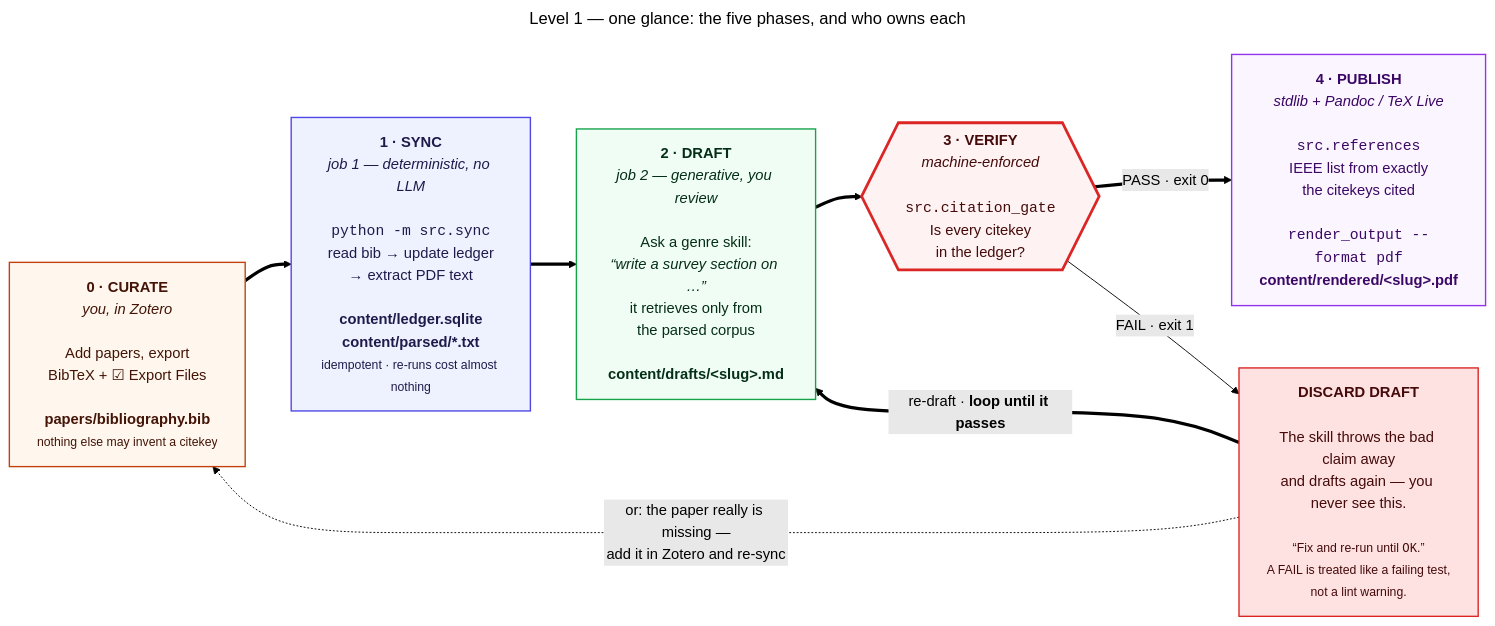
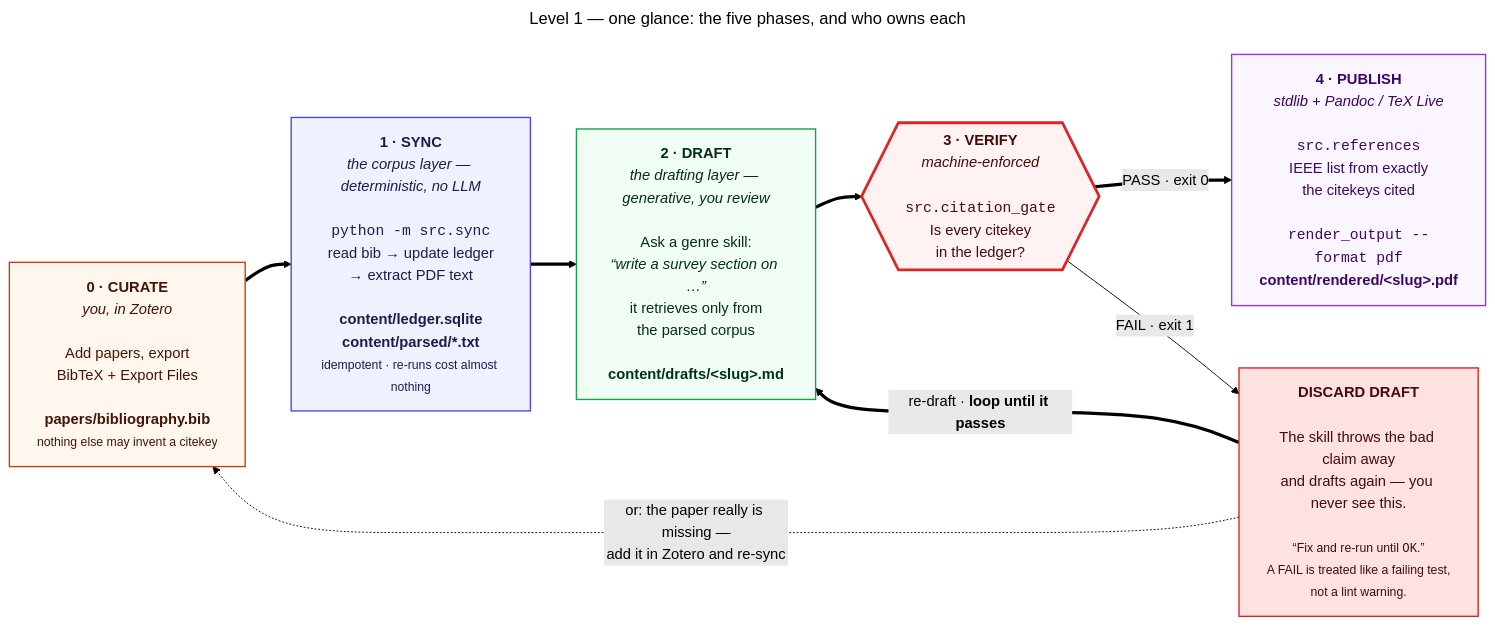
One commit to prasadtalasila/automated-research changed the diagram in docs/diagrams/v1-overview.mmd. Above: the diagram before and after it, drawn with Mermaid (forest theme). The commit also changed 20 other files, not shown here.

First line of the commit message:
Regenerate the diagram exports, and put the overview figure in the README

```diff
--- a/docs/diagrams/v1-overview.mmd
+++ b/docs/diagrams/v1-overview.mmd
@@ -1,36 +1,36 @@
 ---
 title: "Level 1 — one glance: the five phases, and who owns each"
 ---
 flowchart LR
 
-  P0["<b>0 · CURATE</b><br/><i>you, in Zotero</i><br/><br/>Add papers, export<br/>BibTeX + ☑ Export Files<br/><br/><b>papers/bibliography.bib</b><br/><small>nothing else may invent a citekey</small>"]
+  P0["<b>0 · CURATE</b><br/><i>you, in Zotero</i><br/><br/>Add papers, export<br/>BibTeX + Export Files<br/><br/><b>papers/bibliography.bib</b><br/><small>nothing else may invent a citekey</small>"]
 
-  P1["<b>1 · SYNC</b><br/><i>job 1 — deterministic, no LLM</i><br/><br/><code>python -m src.sync</code><br/>read bib → update ledger<br/>→ extract PDF text<br/><br/><b>content/ledger.sqlite</b><br/><b>content/parsed/*.txt</b><br/><small>idempotent · re-runs cost almost nothing</small>"]
+  P1["<b>1 · SYNC</b><br/><i>the corpus layer — deterministic, no LLM</i><br/><br/><code>python -m src.sync</code><br/>read bib → update ledger<br/>→ extract PDF text<br/><br/><b>content/ledger.sqlite</b><br/><b>content/parsed/*.txt</b><br/><small>idempotent · re-runs cost almost nothing</small>"]
 
-  P2["<b>2 · DRAFT</b><br/><i>job 2 — generative, you review</i><br/><br/>Ask a genre skill:<br/><i>“write a survey section on …”</i><br/>it retrieves only from<br/>the parsed corpus<br/><br/><b>content/drafts/&lt;slug&gt;.md</b>"]
+  P2["<b>2 · DRAFT</b><br/><i>the drafting layer — generative, you review</i><br/><br/>Ask a genre skill:<br/><i>“write a survey section on …”</i><br/>it retrieves only from<br/>the parsed corpus<br/><br/><b>content/drafts/&lt;slug&gt;.md</b>"]
 
   P3{{"<b>3 · VERIFY</b><br/><i>machine-enforced</i><br/><br/><code>src.citation_gate</code><br/>Is every citekey<br/>in the ledger?"}}
 
   P4["<b>4 · PUBLISH</b><br/><i>stdlib + Pandoc / TeX Live</i><br/><br/><code>src.references</code><br/>IEEE list from exactly<br/>the citekeys cited<br/><br/><code>render_output --format pdf</code><br/><b>content/rendered/&lt;slug&gt;.pdf</b>"]
 
   FIX["<b>DISCARD DRAFT</b><br/><br/>The skill throws the bad claim away<br/>and drafts again — you never see this.<br/><br/><small>“Fix and re-run until <code>OK</code>.”<br/>A FAIL is treated like a failing test,<br/>not a lint warning.</small>"]
 
   P0 ==> P1 ==> P2 ==> P3
   P3 == "PASS · exit 0" ==> P4
   P3 -- "FAIL · exit 1" --> FIX
   FIX == "re-draft · <b>loop until it passes</b>" ==> P2
   FIX -. "or: the paper really is missing —<br/>add it in Zotero and re-sync" .-> P0
 
   classDef you fill:#fff7ed,stroke:#c2410c,stroke-width:1.5px,color:#431407
   classDef det fill:#eef2ff,stroke:#4f46e5,stroke-width:1.5px,color:#1e1b4b
   classDef gen fill:#f0fdf4,stroke:#16a34a,stroke-width:1.5px,color:#052e16
   classDef gate fill:#fef2f2,stroke:#dc2626,stroke-width:3px,color:#450a0a
   classDef out fill:#faf5ff,stroke:#9333ea,stroke-width:1.5px,color:#3b0764
   classDef bad fill:#fee2e2,stroke:#dc2626,stroke-width:1.5px,color:#450a0a
 
   class P0 you
   class P1 det
   class P2 gen
   class P3 gate
   class P4 out
   class FIX bad
```
